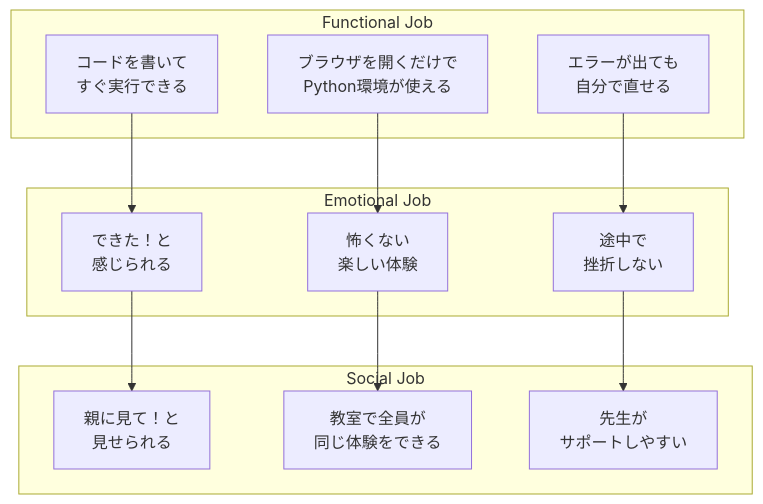
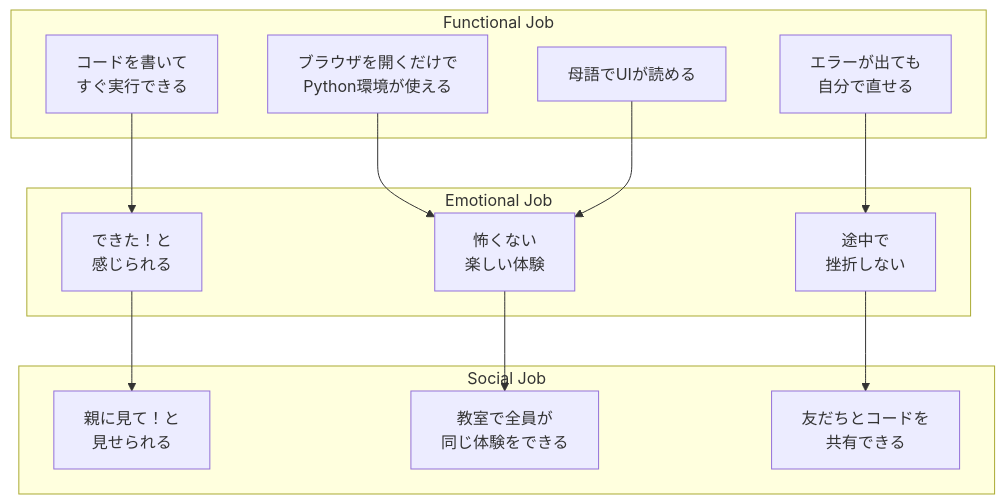
The second of 17 diagrams in docs/customer-problems.md (tatsuro-ueda/kids-python), drawn with Mermaid before and after one commit. The commit also changed other lines of this file and 1 other file, not shown here.

````diff
--- a/docs/customer-problems.md
+++ b/docs/customer-problems.md
@@ -33,25 +47,27 @@
 ```mermaid
 graph TD
     subgraph FJ["Functional Job"]
         F1["ブラウザを開くだけで<br/>Python環境が使える"]
         F2["コードを書いて<br/>すぐ実行できる"]
         F3["エラーが出ても<br/>自分で直せる"]
+        F4["母語でUIが読める"]
     end
     subgraph EJ["Emotional Job"]
         E1["できた！と<br/>感じられる"]
         E2["怖くない<br/>楽しい体験"]
         E3["途中で<br/>挫折しない"]
     end
     subgraph SJ["Social Job"]
         S1["親に見て！と<br/>見せられる"]
         S2["教室で全員が<br/>同じ体験をできる"]
-        S3["先生が<br/>サポートしやすい"]
+        S3["友だちとコードを<br/>共有できる"]
     end
 
     F1 --> E2
     F2 --> E1
     F3 --> E3
+    F4 --> E2
     E1 --> S1
     E2 --> S2
     E3 --> S3
 ```
````
